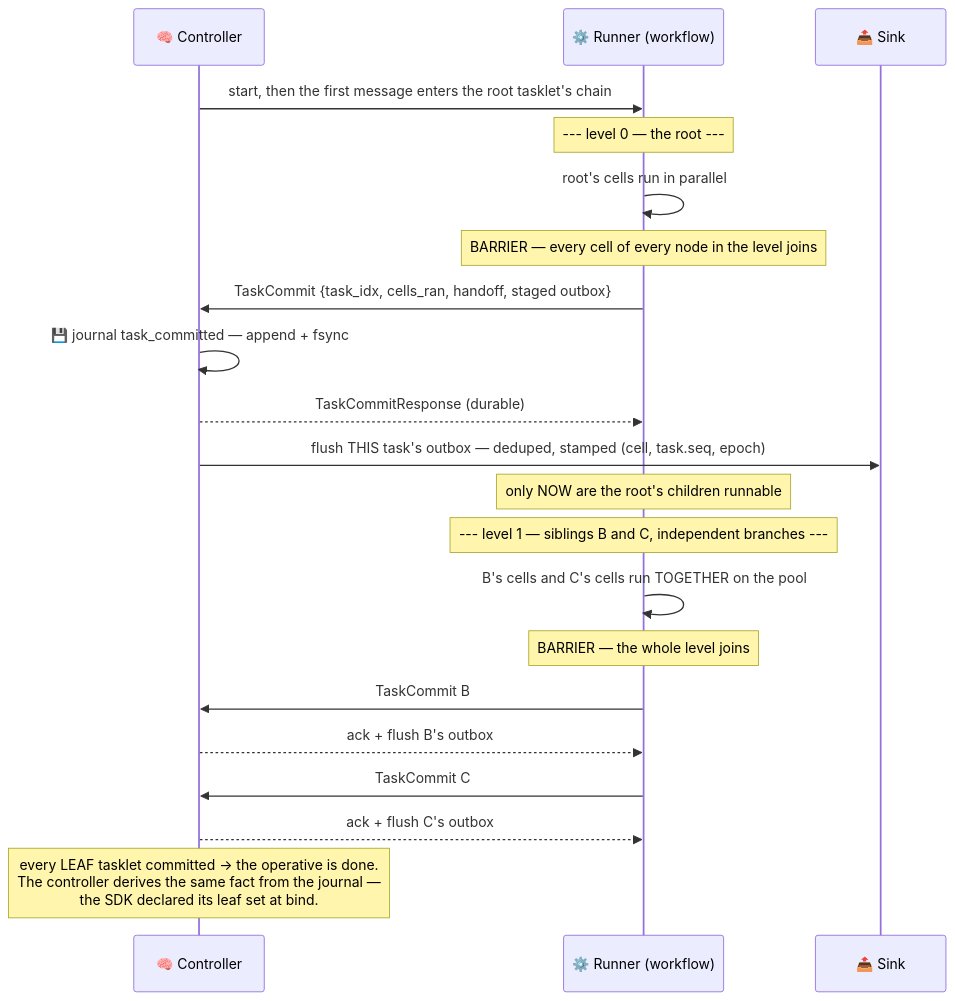
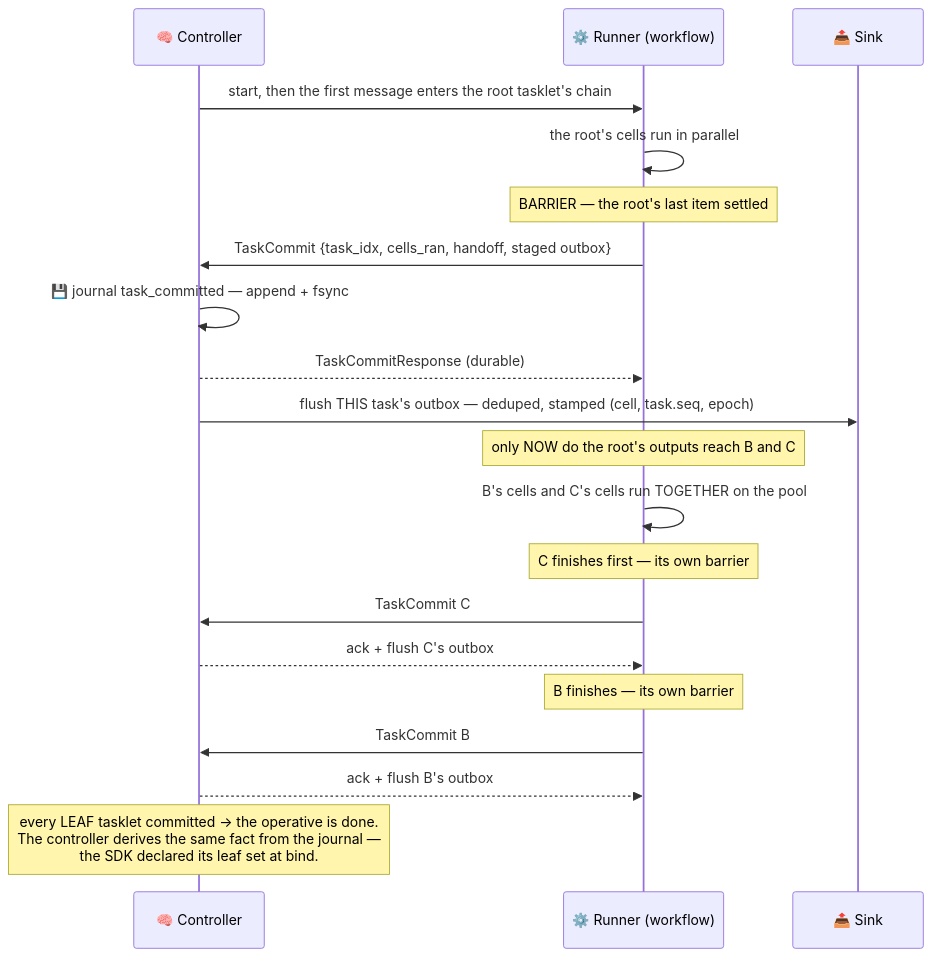
The second of 8 diagrams in docs/architecture/workflow_profile.md (Flezha/flezha), drawn with Mermaid before and after one commit. The commit also changed other lines of this file and 76 other files, not shown here.

````diff
--- a/docs/architecture/workflow_profile.md
+++ b/docs/architecture/workflow_profile.md
@@ -109,25 +109,24 @@
 ```mermaid
 sequenceDiagram
     participant CTRL as 🧠 Controller
     participant EX as ⚙️ Runner (workflow)
     participant SINK as 📤 Sink
 
     CTRL->>EX: start, then the first message enters the root tasklet's chain
-    Note over EX: --- level 0 — the root ---
-    EX->>EX: root's cells run in parallel
-    Note over EX: BARRIER — every cell of every node in the level joins
+    EX->>EX: the root's cells run in parallel
+    Note over EX: BARRIER — the root's last item settled
     EX->>CTRL: TaskCommit {task_idx, cells_ran, handoff, staged outbox}
     CTRL->>CTRL: 💾 journal task_committed — append + fsync
     CTRL-->>EX: TaskCommitResponse (durable)
     CTRL->>SINK: flush THIS task's outbox — deduped, stamped (cell, task.seq, epoch)
-    Note over EX: only NOW are the root's children runnable
+    Note over EX: only NOW do the root's outputs reach B and C
 
-    Note over EX: --- level 1 — siblings B and C, independent branches ---
     EX->>EX: B's cells and C's cells run TOGETHER on the pool
-    Note over EX: BARRIER — the whole level joins
+    Note over EX: C finishes first — its own barrier
+    EX->>CTRL: TaskCommit C
+    CTRL-->>EX: ack + flush C's outbox
+    Note over EX: B finishes — its own barrier
     EX->>CTRL: TaskCommit B
     CTRL-->>EX: ack + flush B's outbox
-    EX->>CTRL: TaskCommit C
-    CTRL-->>EX: ack + flush C's outbox
     Note over CTRL: every LEAF tasklet committed → the operative is done.<br/>The controller derives the same fact from the journal —<br/>the SDK declared its leaf set at bind.
 ```
````
